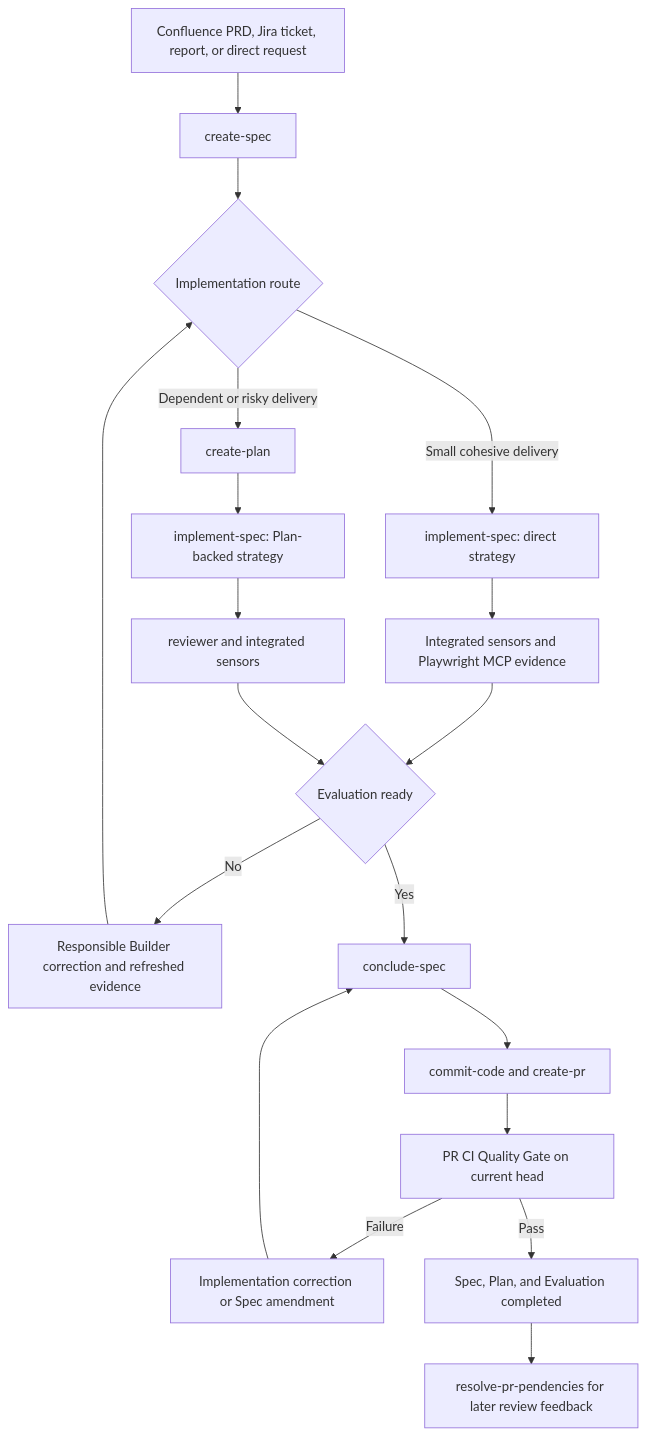
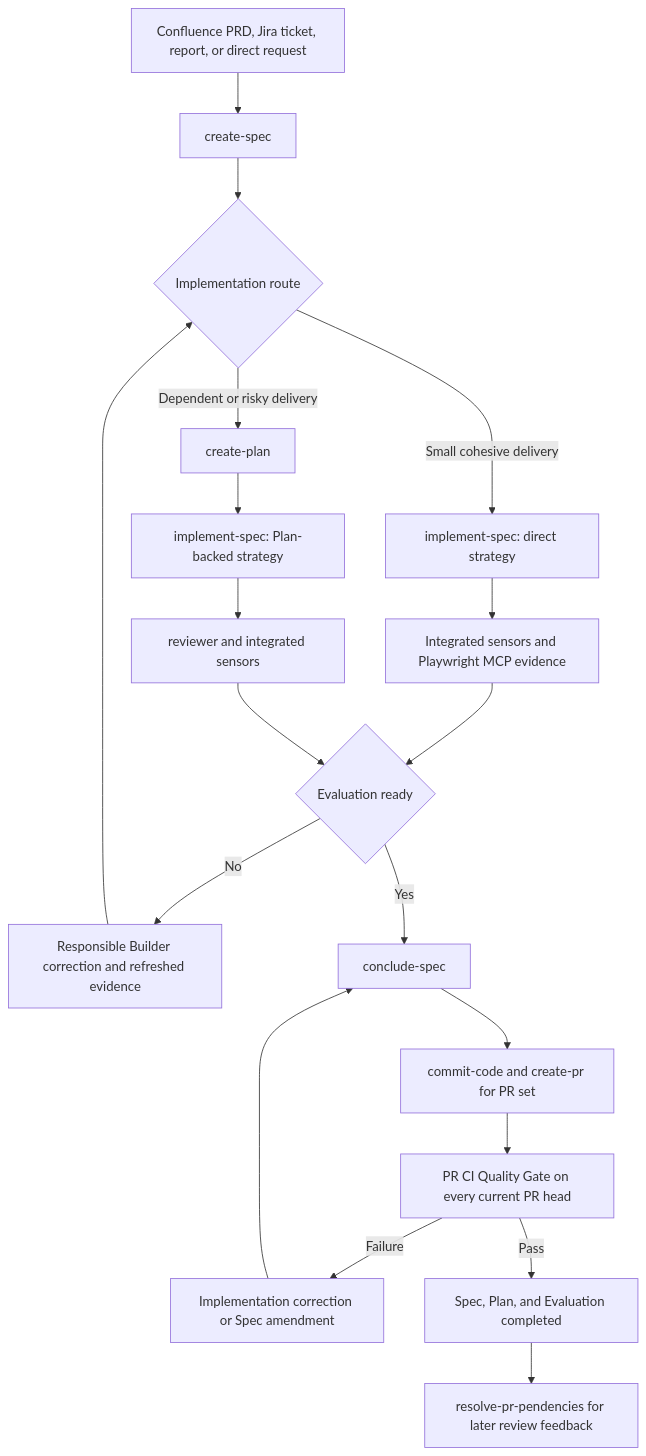
Before and after one commit to hms-society/hms: the diagram in documentation/rules/sdd-rules.md, drawn with Mermaid. The commit also changed other lines of this file and 138 other files, not shown here.

````diff
--- a/documentation/rules/sdd-rules.md
+++ b/documentation/rules/sdd-rules.md
@@ -123,21 +123,21 @@
 ```mermaid
 flowchart TD
     A["Confluence PRD, Jira ticket, report, or direct request"] --> B["create-spec"]
     B --> C{"Implementation route"}
     C -->|Small cohesive delivery| D["implement-spec: direct strategy"]
     C -->|Dependent or risky delivery| E["create-plan"]
     E --> F["implement-spec: Plan-backed strategy"]
     D --> G["Integrated sensors and Playwright MCP evidence"]
     F --> R["reviewer and integrated sensors"]
     G --> H{"Evaluation ready"}
     R --> H
     H -->|No| I["Responsible Builder correction and refreshed evidence"]
     I --> C
     H -->|Yes| J["conclude-spec"]
-    J --> K["commit-code and create-pr"]
-    K --> L["PR CI Quality Gate on current head"]
+    J --> K["commit-code and create-pr for PR set"]
+    K --> L["PR CI Quality Gate on every current PR head"]
     L -->|Failure| M["Implementation correction or Spec amendment"]
     M --> J
     L -->|Pass| N["Spec, Plan, and Evaluation completed"]
     N --> O["resolve-pr-pendencies for later review feedback"]
 ```
````
